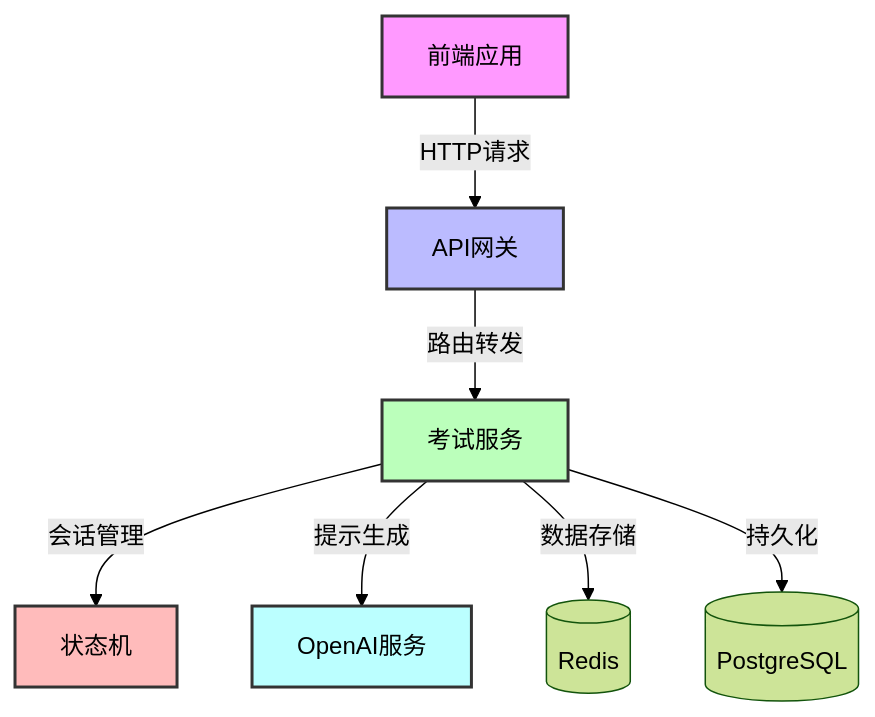
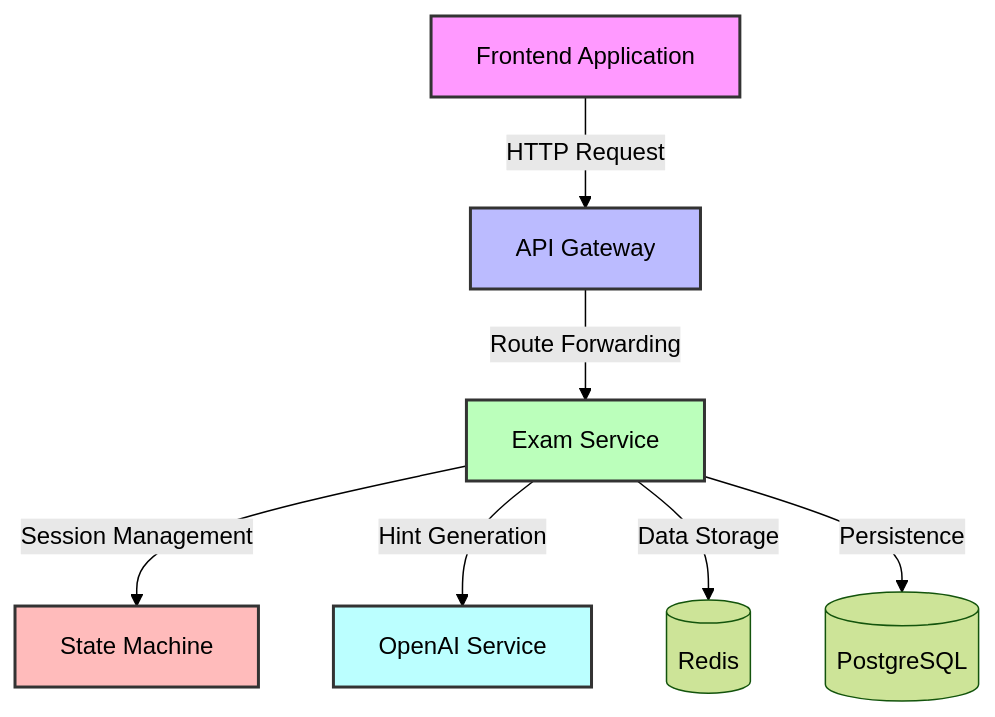
One commit to CHANHaochengZhang/chatexaminer changed the third of 7 diagrams in docs/api.md. Above: the diagram before and after it, drawn with Mermaid (forest theme). The commit also changed other lines of this file and 13 other files, not shown here.

````diff
--- a/docs/api.md
+++ b/docs/api.md
@@ -529,15 +529,15 @@
 ```mermaid
 graph TD
-    A[前端应用] -->|HTTP请求| B[API网关]
-    B -->|路由转发| C[考试服务]
-    C -->|会话管理| D[状态机]
-    C -->|提示生成| E[OpenAI服务]
-    C -->|数据存储| F[(Redis)]
-    C -->|持久化| G[(PostgreSQL)]
+    A[Frontend Application] -->|HTTP Request| B[API Gateway]
+    B -->|Route Forwarding| C[Exam Service]
+    C -->|Session Management| D[State Machine]
+    C -->|Hint Generation| E[OpenAI Service]
+    C -->|Data Storage| F[(Redis)]
+    C -->|Persistence| G[(PostgreSQL)]
 
     style A fill:#f9f,stroke:#333,stroke-width:2px
     style B fill:#bbf,stroke:#333,stroke-width:2px
     style C fill:#bfb,stroke:#333,stroke-width:2px
     style D fill:#fbb,stroke:#333,stroke-width:2px
     style E fill:#bff,stroke:#333,stroke-width:2px
 ```
````
